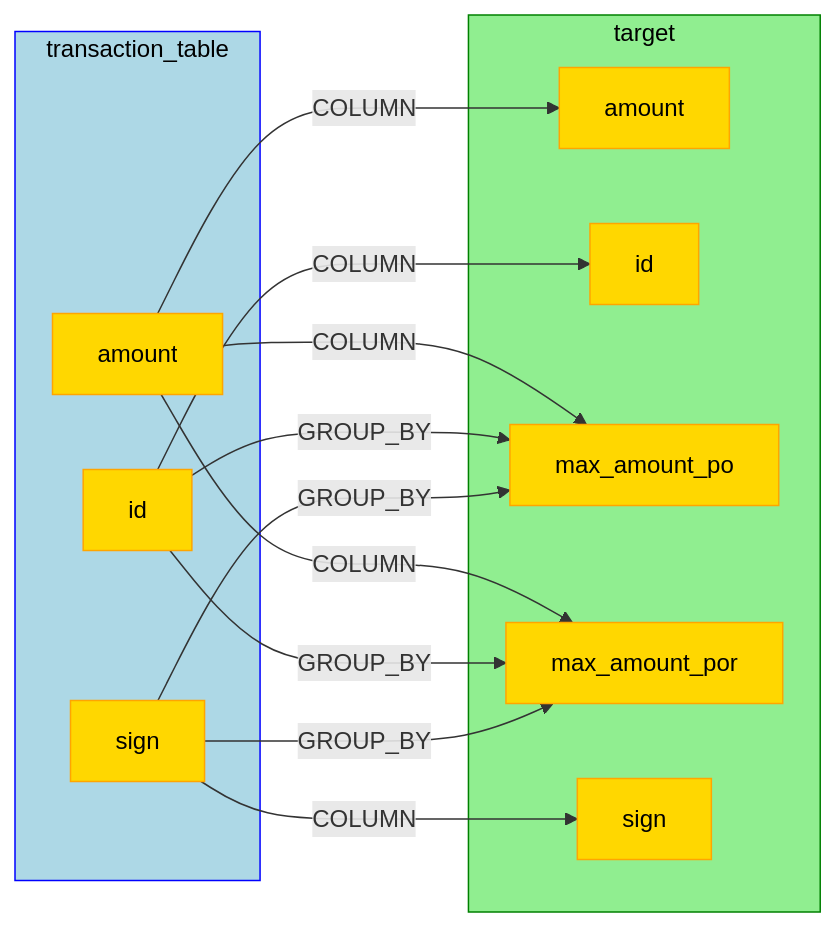
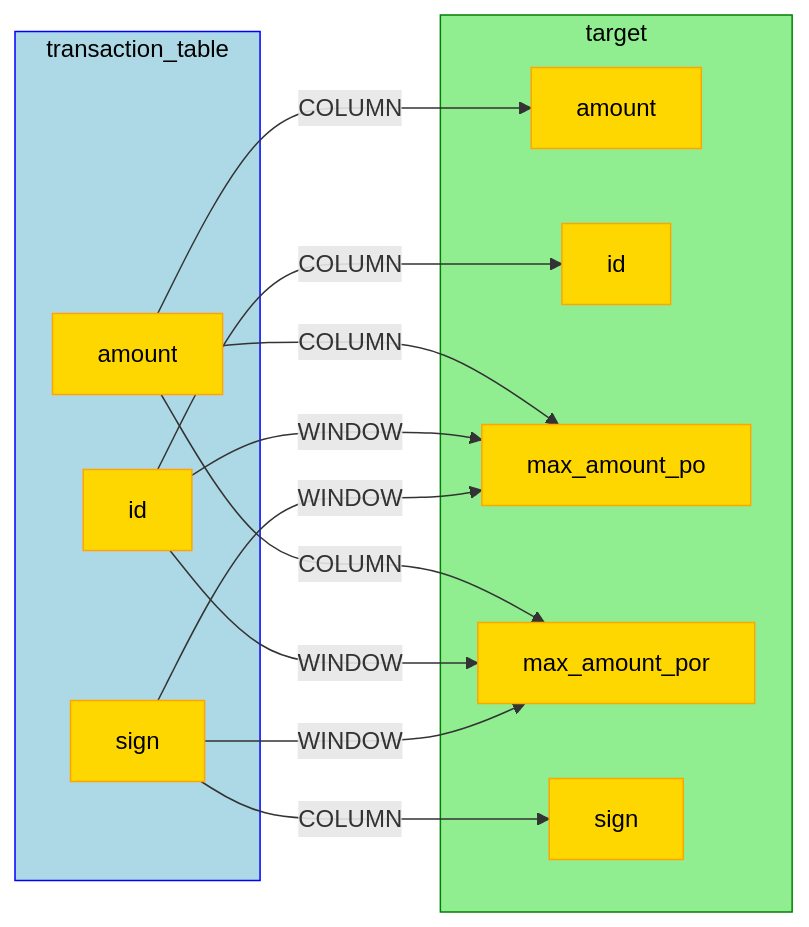
Before and after one commit to NielkNetraam/explainalyzed: the diagram in data/lineage/window_column_2.mmd, drawn with Mermaid. The commit also changed 36 other files, not shown here.

```diff
--- a/data/lineage/window_column_2.mmd
+++ b/data/lineage/window_column_2.mmd
@@ -1,33 +1,33 @@
 flowchart LR
     classDef SOURCE stroke:Blue,fill:LightBlue,color:black
     classDef TARGET stroke:Green,fill:LightGreen,color:black
     classDef INTERMEDIATE stroke:DarkOrange,fill:Orange,color:black
     classDef INTERNAL stroke:Purple,fill:Violet,color:black
     classDef FIELD stroke:Orange,fill:Gold,color:black
 
     transaction_table:::SOURCE
     target:::TARGET
 
     subgraph transaction_table
         transaction_table.amount[amount]:::FIELD
         transaction_table.id[id]:::FIELD
         transaction_table.sign[sign]:::FIELD
     end
 
     subgraph target
         target.amount[amount]:::FIELD
         target.id[id]:::FIELD
         target.max_amount_po[max_amount_po]:::FIELD
         target.max_amount_por[max_amount_por]:::FIELD
         target.sign[sign]:::FIELD
     end
 
     transaction_table.amount -- COLUMN --> target.amount
     transaction_table.amount -- COLUMN --> target.max_amount_po
     transaction_table.amount -- COLUMN --> target.max_amount_por
     transaction_table.id -- COLUMN --> target.id
-    transaction_table.id -- GROUP_BY --> target.max_amount_po
-    transaction_table.id -- GROUP_BY --> target.max_amount_por
-    transaction_table.sign -- GROUP_BY --> target.max_amount_po
-    transaction_table.sign -- GROUP_BY --> target.max_amount_por
+    transaction_table.id -- WINDOW --> target.max_amount_po
+    transaction_table.id -- WINDOW --> target.max_amount_por
+    transaction_table.sign -- WINDOW --> target.max_amount_po
+    transaction_table.sign -- WINDOW --> target.max_amount_por
     transaction_table.sign -- COLUMN --> target.sign
```
